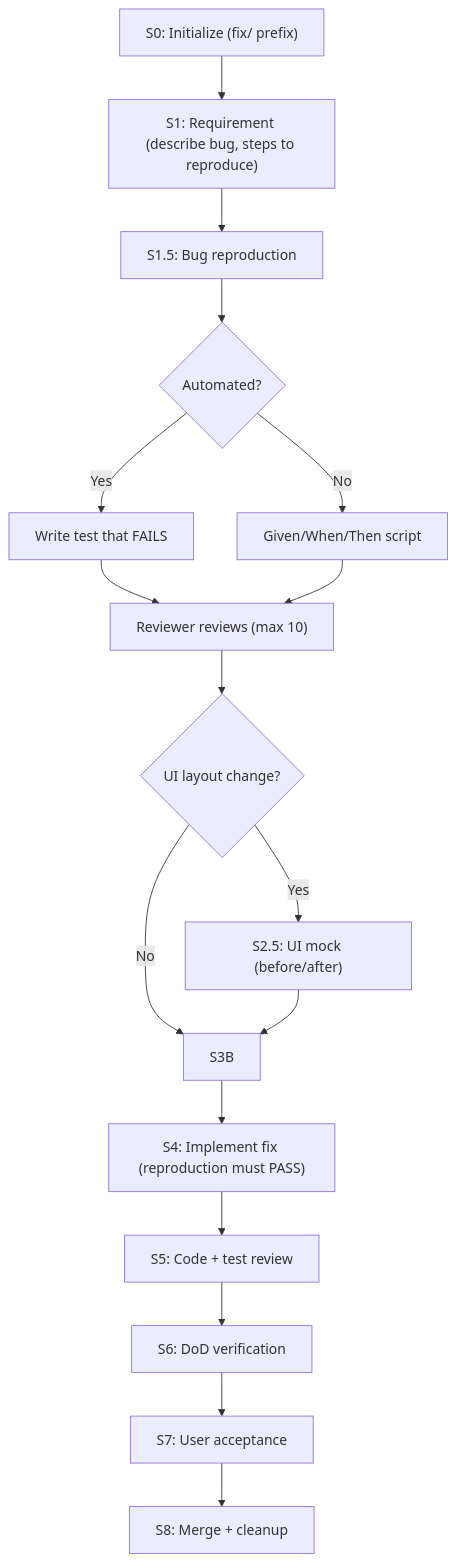
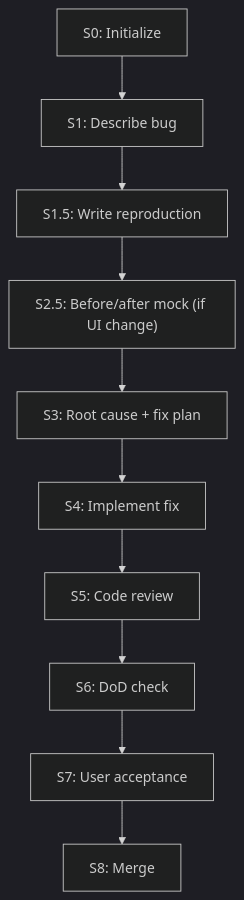
The third of 9 diagrams in docs/AGENTIC_PIPELINE.md (Nayeem170/KoThok), drawn with Mermaid before and after one commit. The commit also changed other lines of this file and 1 other file, not shown here.

First line of the commit message:
docs: rewrite pipeline diagrams for dark mode readability

````diff
--- a/docs/AGENTIC_PIPELINE.md
+++ b/docs/AGENTIC_PIPELINE.md
@@ -256,19 +232,13 @@
 ```mermaid
+%%{init: {'theme': 'dark'}}%%
 flowchart TD
-    S0B["S0: Initialize (fix/ prefix)"] --> S1B["S1: Requirement (describe bug, steps to reproduce)"]
-    S1B --> S15["S1.5: Bug reproduction"]
-    S15 --> R15{"Automated?"}
-    R15 -- Yes --> R15a["Write test that FAILS"]
-    R15 -- No --> R15b["Given/When/Then script"]
-    R15a --> R15r["Reviewer reviews (max 10)"]
-    R15b --> R15r
-    R15r --> UI2{"UI layout change?"}
-    UI2 -- Yes --> S25B["S2.5: UI mock (before/after)"]
-    UI2 -- No --> S3B
-    S25B --> S3B
-    S3B --> S4B["S4: Implement fix (reproduction must PASS)"]
-    S4B --> S5B["S5: Code + test review"]
-    S5B --> S6B["S6: DoD verification"]
+    S0B["S0: Initialize"] --> S1B["S1: Describe bug"]
+    S1B --> S15["S1.5: Write reproduction"]
+    S15 --> S25B["S2.5: Before/after mock (if UI change)"]
+    S25B --> S3B["S3: Root cause + fix plan"]
+    S3B --> S4B["S4: Implement fix"]
+    S4B --> S5B["S5: Code review"]
+    S5B --> S6B["S6: DoD check"]
     S6B --> S7B["S7: User acceptance"]
-    S7B --> S8B["S8: Merge + cleanup"]
+    S7B --> S8B["S8: Merge"]
 ```
````
